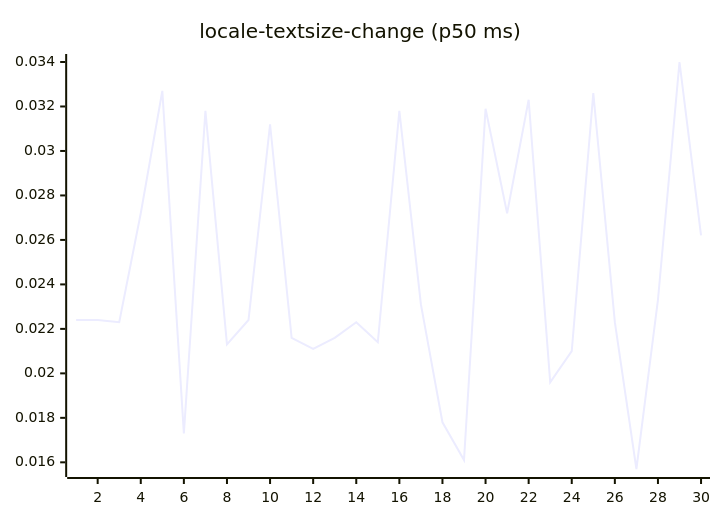
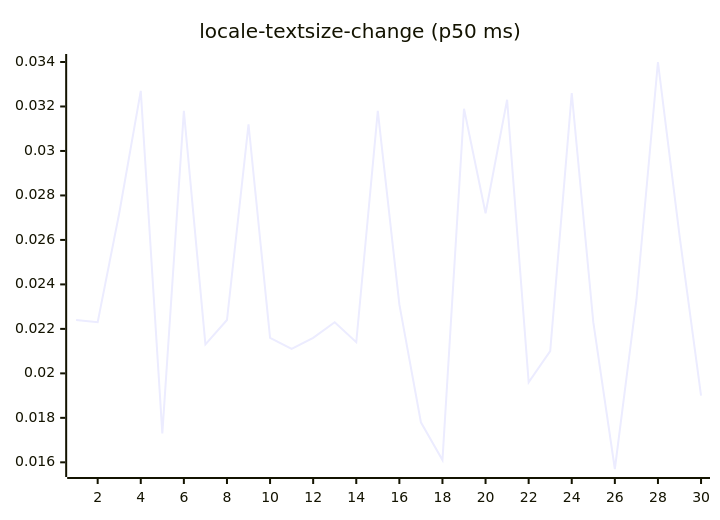
One commit to josha/Facet changed diagram 13 of 27 in README.md. Above: the diagram before and after it, drawn with Mermaid. The commit also changed other lines of this file and 2 other files, not shown here.

````diff
--- a/README.md
+++ b/README.md
@@ -147,6 +147,6 @@
 ```mermaid
 xychart-beta
     title "locale-textsize-change (p50 ms)"
     x-axis 1 --> 30
-    line [0.0224, 0.0224, 0.0223, 0.0272, 0.0327, 0.0173, 0.0318, 0.0213, 0.0224, 0.0312, 0.0216, 0.0211, 0.0216, 0.0223, 0.0214, 0.0318, 0.0231, 0.0178, 0.0161, 0.0319, 0.0272, 0.0323, 0.0196, 0.0210, 0.0326, 0.0223, 0.0157, 0.0233, 0.0340, 0.0262]
+    line [0.0224, 0.0223, 0.0272, 0.0327, 0.0173, 0.0318, 0.0213, 0.0224, 0.0312, 0.0216, 0.0211, 0.0216, 0.0223, 0.0214, 0.0318, 0.0231, 0.0178, 0.0161, 0.0319, 0.0272, 0.0323, 0.0196, 0.0210, 0.0326, 0.0223, 0.0157, 0.0233, 0.0340, 0.0262, 0.0190]
 ```
````
